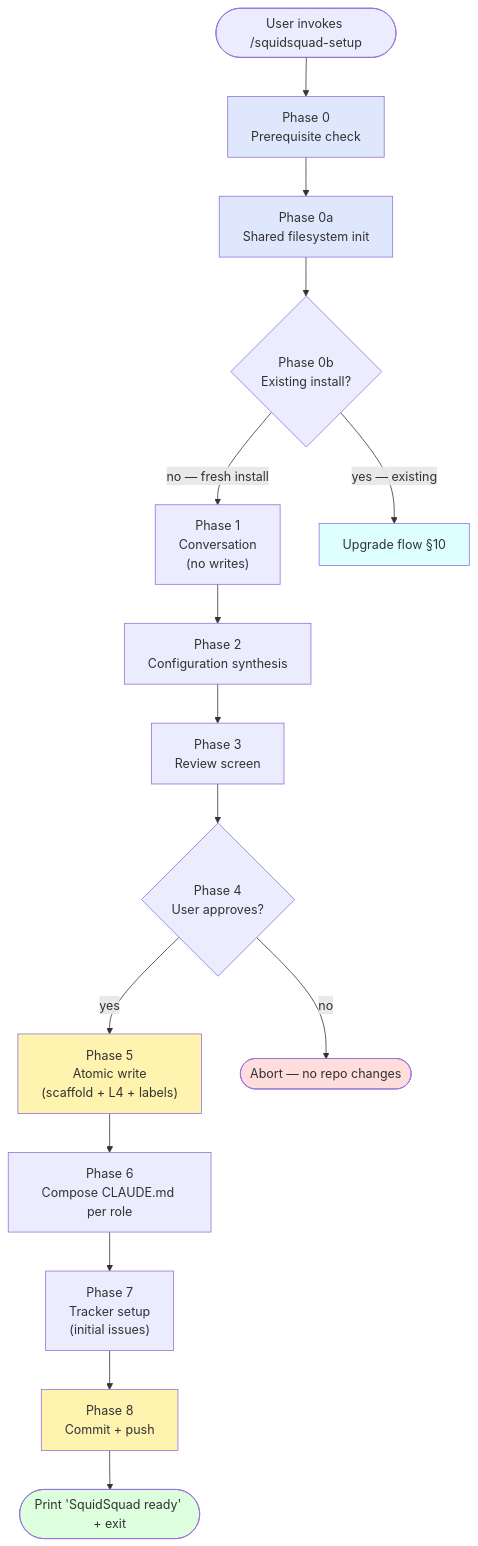
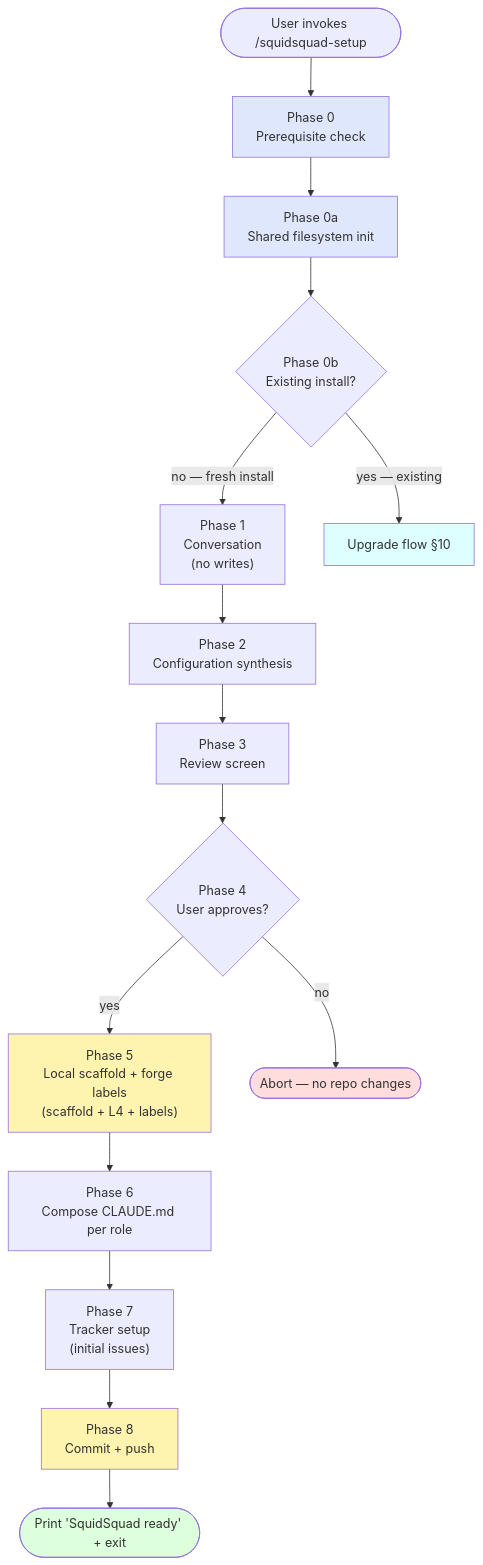
One commit to WallyDoodlez/SquidSquad changed the second of 3 diagrams in docs/INSTALLER-ARCH.md. Above: the diagram before and after it, drawn with Mermaid. The commit also changed other lines of this file and 2 other files, not shown here.

````diff
--- a/docs/INSTALLER-ARCH.md
+++ b/docs/INSTALLER-ARCH.md
@@ -113,33 +113,33 @@
 ```mermaid
 flowchart TB
     Start([User invokes /squidsquad-setup])
     P0["Phase 0<br/>Prerequisite check"]
     P0a["Phase 0a<br/>Shared filesystem init"]
     P0b{"Phase 0b<br/>Existing install?"}
     P1["Phase 1<br/>Conversation<br/>(no writes)"]
     P2["Phase 2<br/>Configuration synthesis"]
     P3["Phase 3<br/>Review screen"]
     P4{"Phase 4<br/>User approves?"}
-    P5["Phase 5<br/>Atomic write<br/>(scaffold + L4 + labels)"]
+    P5["Phase 5<br/>Local scaffold + forge labels<br/>(scaffold + L4 + labels)"]
     P6["Phase 6<br/>Compose CLAUDE.md per role"]
     P7["Phase 7<br/>Tracker setup<br/>(initial issues)"]
     P8["Phase 8<br/>Commit + push"]
     P9(["Print 'SquidSquad ready' + exit"])
     Upgrade["Upgrade flow §10"]
     Abort(["Abort — no repo changes"])
 
     Start --> P0 --> P0a --> P0b
     P0b -->|"no — fresh install"| P1
     P0b -->|"yes — existing"| Upgrade
     P1 --> P2 --> P3 --> P4
     P4 -->|"yes"| P5 --> P6 --> P7 --> P8 --> P9
     P4 -->|"no"| Abort
 
     style P0 fill:#dfe7fd
     style P0a fill:#dfe7fd
     style P5 fill:#fff3b0
     style P8 fill:#fff3b0
     style P9 fill:#dfd
     style Abort fill:#fdd
     style Upgrade fill:#dff
 ```
````
